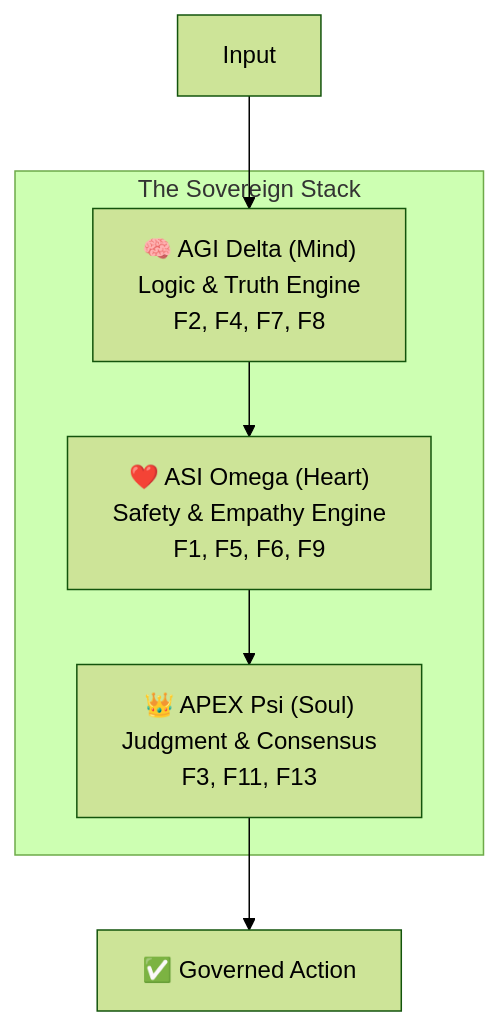
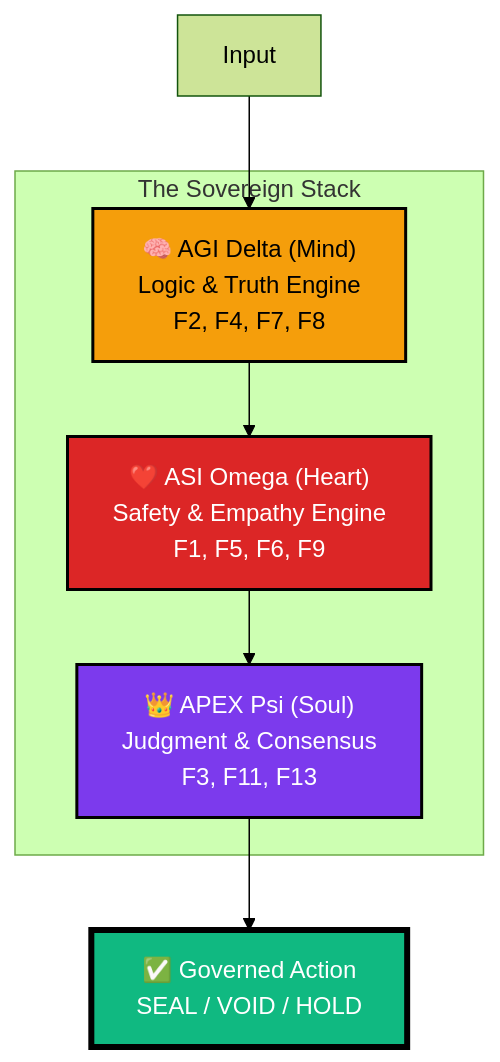
One commit to ariffazil/arifos changed the diagram in README.md. Above: the diagram before and after it, drawn with Mermaid (forest theme). The commit also changed other lines of this file, not shown here.

````diff
--- a/README.md
+++ b/README.md
@@ -127,9 +200,18 @@
 ```mermaid
 graph TD
     subgraph "The Sovereign Stack"
         MIND["🧠 AGI Delta (Mind)<br/>Logic & Truth Engine<br/>F2, F4, F7, F8"]
         HEART["❤️ ASI Omega (Heart)<br/>Safety & Empathy Engine<br/>F1, F5, F6, F9"]
         SOUL["👑 APEX Psi (Soul)<br/>Judgment & Consensus<br/>F3, F11, F13"]
     end
-    Input --> MIND --> HEART --> SOUL --> Output["✅ Governed Action"]
+
+    Input --> MIND
+    MIND --> HEART
+    HEART --> SOUL
+    SOUL --> Output["✅ Governed Action<br/>SEAL / VOID / HOLD"]
+
+    style MIND fill:#f59e0b,stroke:#000,color:#000,stroke-width:2px
+    style HEART fill:#dc2626,stroke:#000,color:#fff,stroke-width:2px
+    style SOUL fill:#7c3aed,stroke:#000,color:#fff,stroke-width:2px
+    style Output fill:#10b981,stroke:#000,color:#fff,stroke-width:4px
 ```
````
